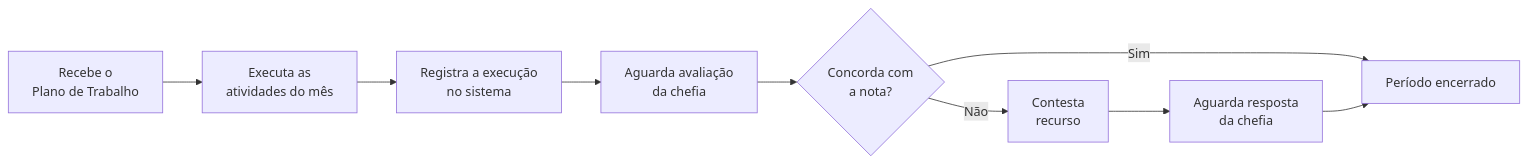
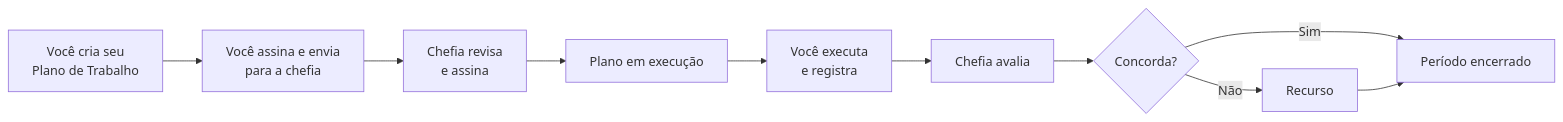
One commit to pgdgovbr/docs changed the diagram in docs/servidor/visao-geral.md. Above: the diagram before and after it, drawn with Mermaid. The commit also changed other lines of this file and 20 other files, not shown here.

````diff
--- a/docs/servidor/visao-geral.md
+++ b/docs/servidor/visao-geral.md
@@ -7,11 +7,12 @@
 ```mermaid
 graph LR
-    A[Recebe o<br/>Plano de Trabalho] --> B[Executa as<br/>atividades do mês]
-    B --> C[Registra a execução<br/>no sistema]
-    C --> D[Aguarda avaliação<br/>da chefia]
-    D --> E{Concorda com<br/>a nota?}
-    E -->|Sim| F[Período encerrado]
-    E -->|Não| G[Contesta<br/>recurso]
-    G --> H[Aguarda resposta<br/>da chefia]
-    H --> F
+    A[Você cria seu<br/>Plano de Trabalho] --> B[Você assina e envia<br/>para a chefia]
+    B --> C[Chefia revisa<br/>e assina]
+    C --> D[Plano em execução]
+    D --> E[Você executa<br/>e registra]
+    E --> F[Chefia avalia]
+    F --> G{Concorda?}
+    G -->|Sim| H[Período encerrado]
+    G -->|Não| I[Recurso]
+    I --> H
 ```
````
